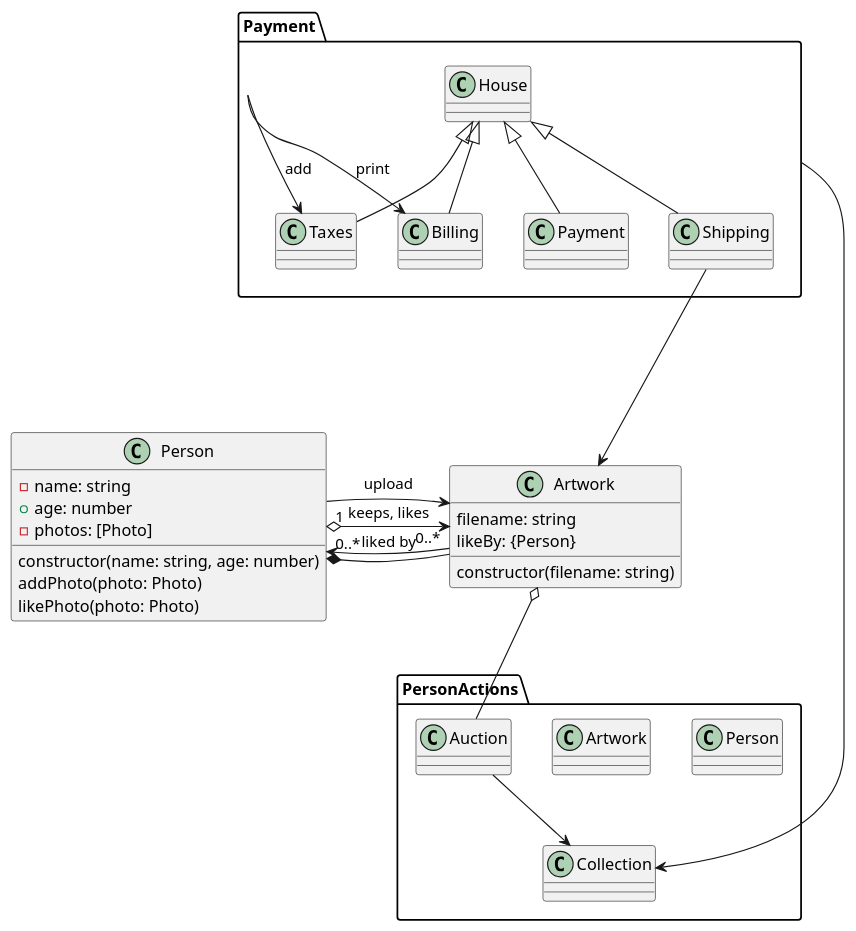
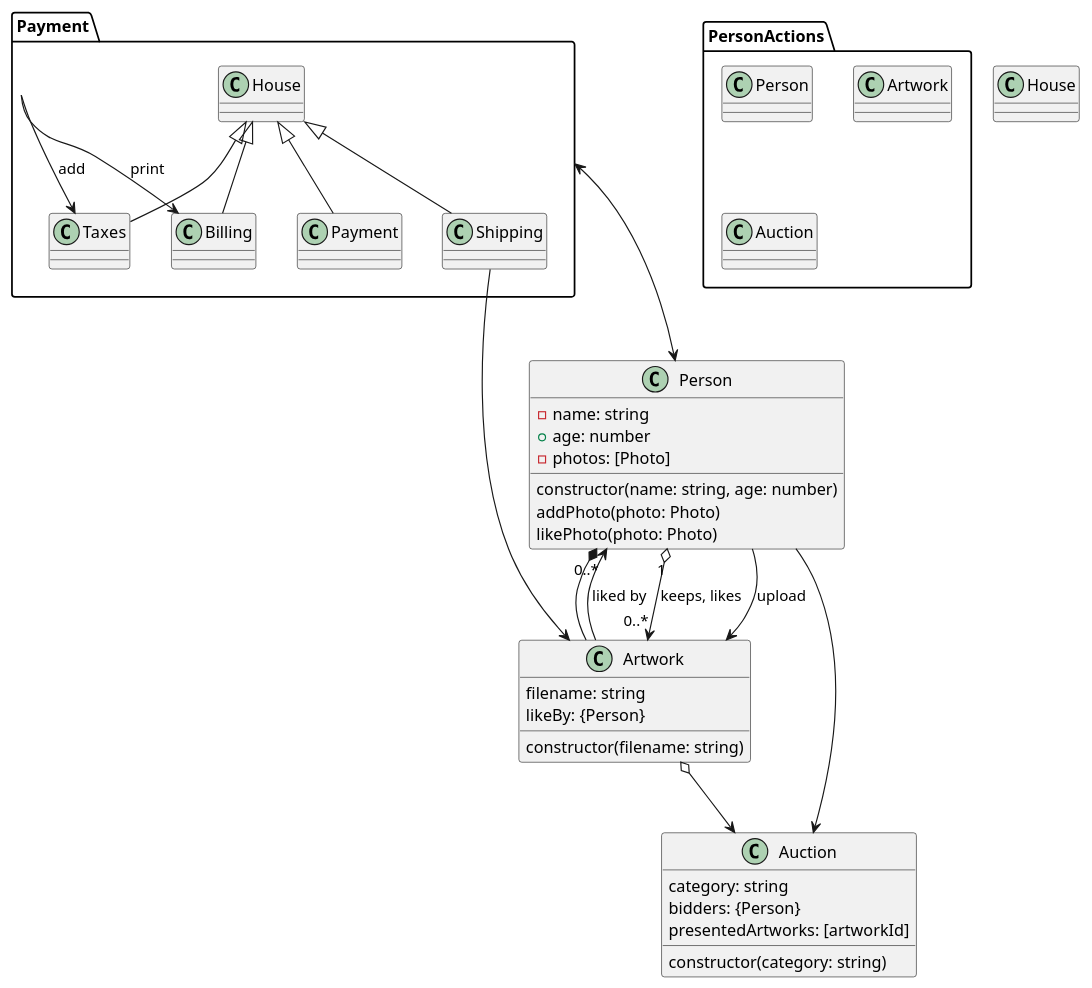
The diagram in architecture/class.puml (s-ferrer/bunchart), drawn with PlantUML before and after one commit. The commit also changed 2 other files, not shown here.

Commit message:
Add Architecture folder and files

```diff
--- a/architecture/class.puml
+++ b/architecture/class.puml
@@ -1,52 +1,60 @@
 @startuml Bunchart Class Diagram
 
 'skinparam Shadowing false
 'skinparam Monochrome true
 
 class Person {
     -name: string
     +age: number
     -photos: [Photo]
     constructor(name: string, age: number)
     addPhoto(photo: Photo)
     likePhoto(photo: Photo)
 }
 
 class Artwork {
     filename: string
     likeBy: {Person}
     constructor(filename: string)
 }
 
+class Auction {
+    category: string
+    bidders: {Person}
+    presentedArtworks: [artworkId]
+    constructor(category: string)
+}
+
+class House {}
+
 Person "1" o---> "0..*" Artwork : keeps, likes
 Artwork  ---> "0..*" Person : liked by
 
 package PersonActions {
     class Person {}
     class Artwork {}
     class Auction {}
-    class Collection {}
 }
 
 Person *- Artwork
-Artwork o-- Auction
-Auction --> Collection
+Artwork o--> Auction
 
 Person -> Artwork : upload
 
 package Payment {
     class House {}
     class Payment extends House {}
     class Taxes extends House {}
     class Billing extends House {}
     class Shipping extends House{}
 }
 
 Payment --> Taxes : add
 Payment --> Billing : print
 Shipping ---> Artwork
-Payment ---> Collection
+Payment <---> Person
+Person --> Auction
 
 
 
 @enduml
```
